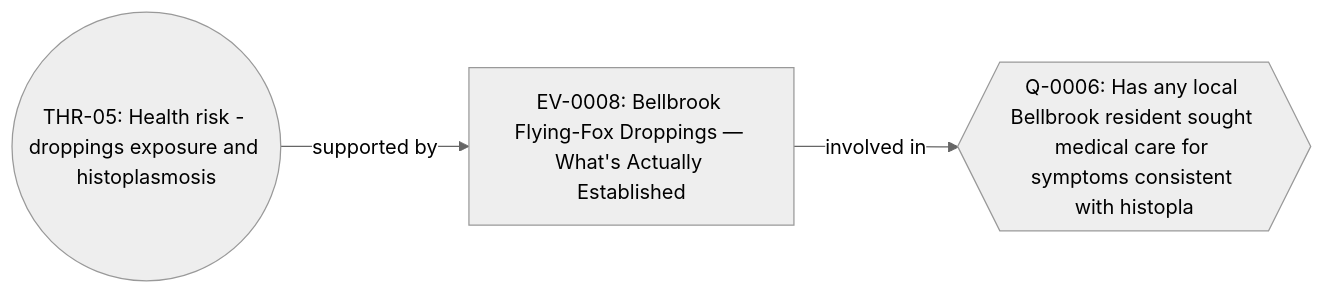
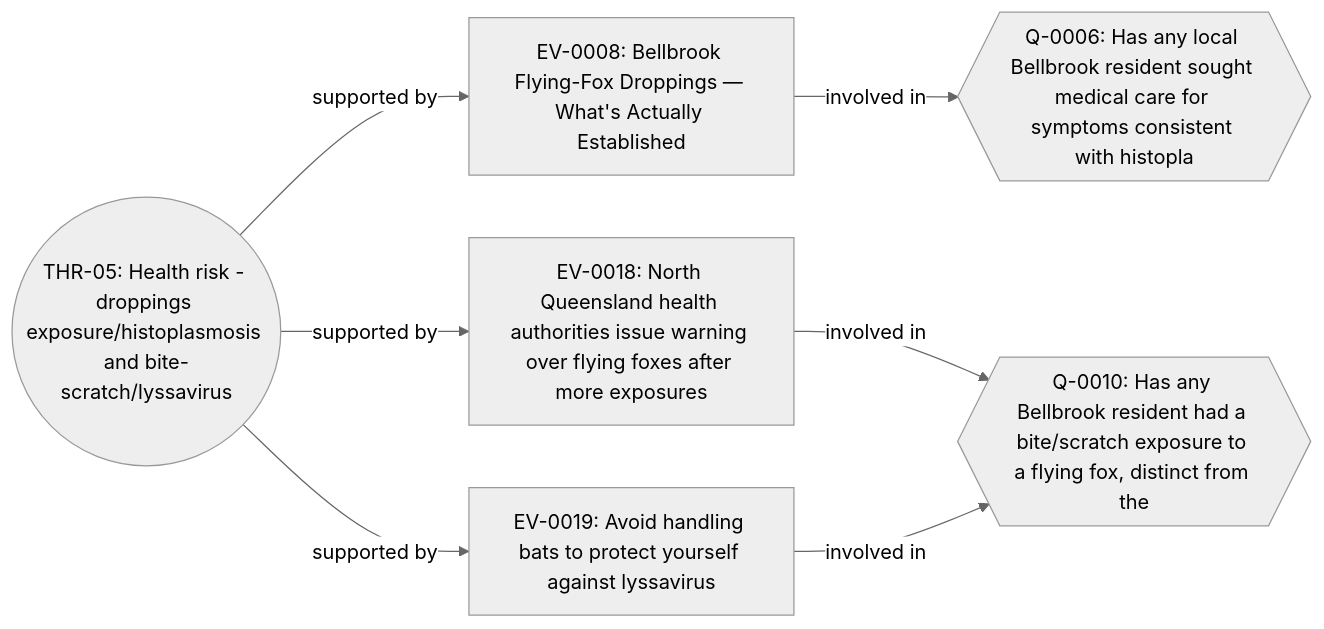
Diagram 33 of 49 in docs/RELATIONSHIP_MAP.md (mayhem82/mayhem-investigations), drawn with Mermaid (neutral theme) before and after one commit. The commit also changed other lines of this file, not shown here.

````diff
--- a/docs/RELATIONSHIP_MAP.md
+++ b/docs/RELATIONSHIP_MAP.md
@@ -940,8 +958,15 @@
 ```mermaid
 flowchart LR
-  DFAPTI_BB_FF_2026_00001_THRD_THR_05(("THR-05: Health risk - droppings exposure and histoplasmosis"))
+  DFAPTI_BB_FF_2026_00001_THRD_THR_05(("THR-05: Health risk - droppings exposure/histoplasmosis and bite-scratch/lyssavirus"))
   DFAPTI_BB_FF_2026_00001_EVID_EV_0008["EV-0008: Bellbrook Flying-Fox Droppings — What's Actually Established"]
+  DFAPTI_BB_FF_2026_00001_EVID_EV_0018["EV-0018: North Queensland health authorities issue warning over flying foxes after more exposures"]
+  DFAPTI_BB_FF_2026_00001_EVID_EV_0019["EV-0019: Avoid handling bats to protect yourself against lyssavirus"]
   DFAPTI_BB_FF_2026_00001_QUES_Q_0006{{"Q-0006: Has any local Bellbrook resident sought medical care for symptoms consistent with histopla"}}
+  DFAPTI_BB_FF_2026_00001_QUES_Q_0010{{"Q-0010: Has any Bellbrook resident had a bite/scratch exposure to a flying fox, distinct from the "}}
   DFAPTI_BB_FF_2026_00001_THRD_THR_05 -- "supported by" --> DFAPTI_BB_FF_2026_00001_EVID_EV_0008
+  DFAPTI_BB_FF_2026_00001_THRD_THR_05 -- "supported by" --> DFAPTI_BB_FF_2026_00001_EVID_EV_0018
+  DFAPTI_BB_FF_2026_00001_THRD_THR_05 -- "supported by" --> DFAPTI_BB_FF_2026_00001_EVID_EV_0019
   DFAPTI_BB_FF_2026_00001_EVID_EV_0008 -- "involved in" --> DFAPTI_BB_FF_2026_00001_QUES_Q_0006
+  DFAPTI_BB_FF_2026_00001_EVID_EV_0018 -- "involved in" --> DFAPTI_BB_FF_2026_00001_QUES_Q_0010
+  DFAPTI_BB_FF_2026_00001_EVID_EV_0019 -- "involved in" --> DFAPTI_BB_FF_2026_00001_QUES_Q_0010
 ```
````
